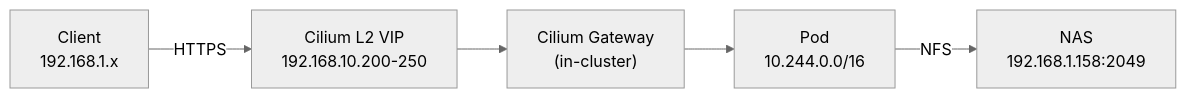
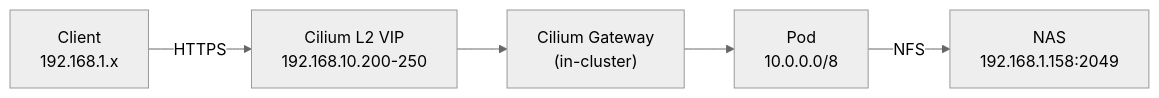
The second of 2 diagrams in docs/architecture/network-infrastructure.md (kyleseneker/homelab), drawn with Mermaid (neutral theme) before and after one commit. The commit also changed other lines of this file and 2 other files, not shown here.

Commit message:
docs(network): align firewall rules, dhcp scopes, pod cidr, and port map with live config

````diff
--- a/docs/architecture/network-infrastructure.md
+++ b/docs/architecture/network-infrastructure.md
@@ -84,7 +120,7 @@
 ```mermaid
 flowchart LR
     client["Client<br/>192.168.1.x"] -->|"HTTPS"| vip["Cilium L2 VIP<br/>192.168.10.200-250"]
     vip --> gateway["Cilium Gateway<br/>(in-cluster)"]
-    gateway --> pod["Pod<br/>10.244.0.0/16"]
+    gateway --> pod["Pod<br/>10.0.0.0/8"]
     pod -->|"NFS"| nas["NAS<br/>192.168.1.158:2049"]
 ```
````
